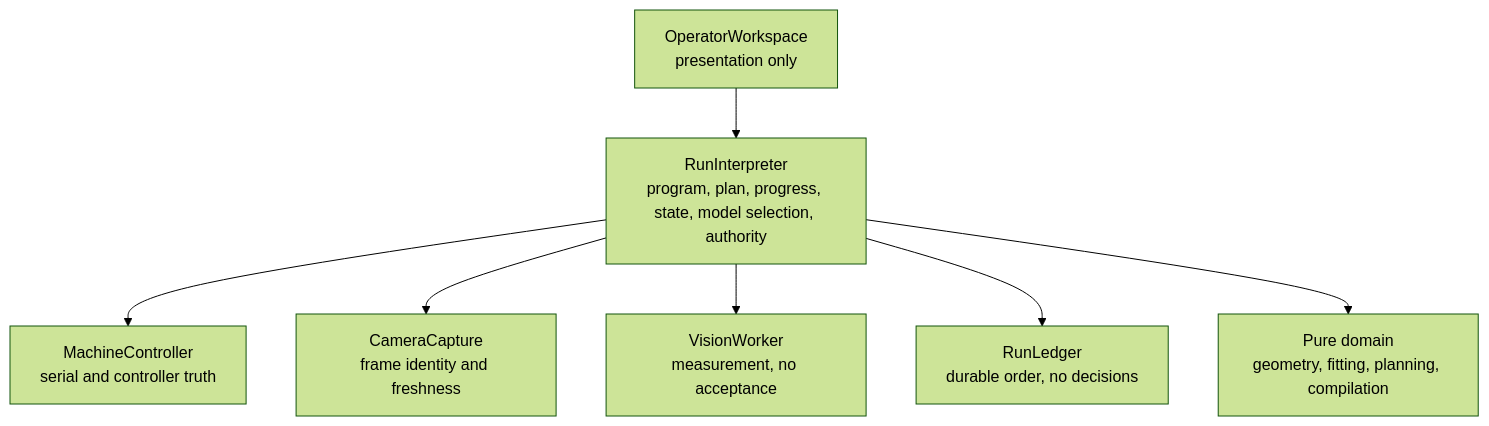
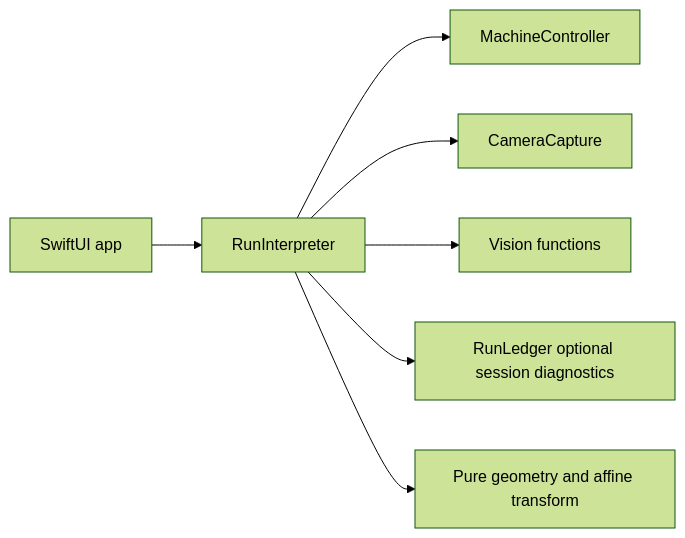
Before and after one commit to extemporaneousb/AdaptivePlotter: the diagram in docs/SWIFT_ADAPTIVE_PLOTTER_ARCHITECTURE.md, drawn with Mermaid (forest theme). The commit also changed other lines of this file and 34 other files, not shown here.

````diff
--- a/docs/SWIFT_ADAPTIVE_PLOTTER_ARCHITECTURE.md
+++ b/docs/SWIFT_ADAPTIVE_PLOTTER_ARCHITECTURE.md
@@ -311,9 +28,9 @@
 ```mermaid
-flowchart TB
-    OW["OperatorWorkspace<br/>presentation only"] --> EE["RunInterpreter<br/>program, plan, progress, state, model selection, authority"]
-    EE --> MC["MachineController<br/>serial and controller truth"]
-    EE --> CAM["CameraCapture<br/>frame identity and freshness"]
-    EE --> VIS["VisionWorker<br/>measurement, no acceptance"]
-    EE --> LED["RunLedger<br/>durable order, no decisions"]
-    EE --> PURE["Pure domain<br/>geometry, fitting, planning, compilation"]
+flowchart LR
+    UI["SwiftUI app"] --> RUN["RunInterpreter"]
+    RUN --> CTRL["MachineController"]
+    RUN --> CAM["CameraCapture"]
+    RUN --> VISION["Vision functions"]
+    RUN --> JOURNAL["RunLedger optional session diagnostics"]
+    RUN --> GEOM["Pure geometry and affine transform"]
 ```
````
